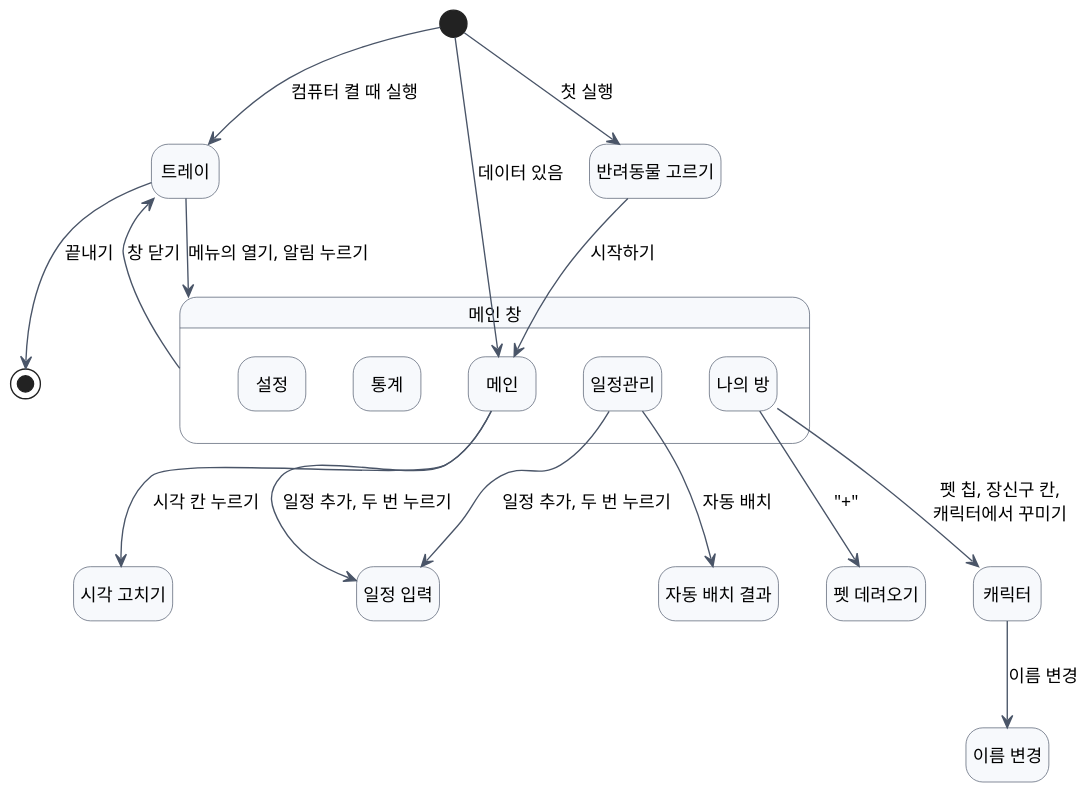
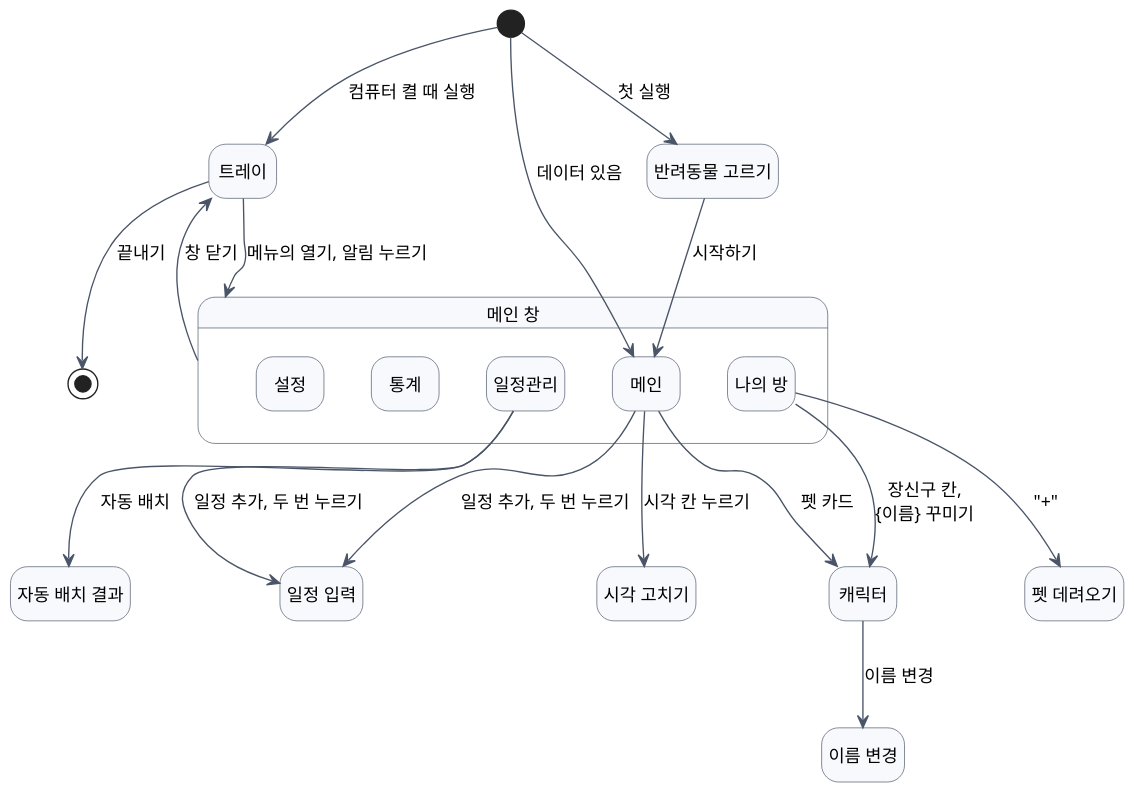
One commit to 2026-2-software-system-design-11/planning-pet-app changed the diagram in docs/diagrams/ui-flow.puml. Above: the diagram before and after it, drawn with PlantUML. The commit also changed 12 other files, not shown here.

```diff
--- a/docs/diagrams/ui-flow.puml
+++ b/docs/diagrams/ui-flow.puml
@@ -1,43 +1,44 @@
 @startuml ui-flow
 skinparam defaultFontName "Apple SD Gothic Neo"
 skinparam defaultFontSize 13
 skinparam dpi 130
 skinparam shadowing false
 skinparam ArrowColor #4A5568
 skinparam state {
   BackgroundColor #F7F9FC
   BorderColor #4A5568
 }
 hide empty description
 
 state "반려동물 고르기" as Pick
 state "트레이" as Tray
 state "메인 창" as Win {
   state "메인" as Main
   state "일정관리" as Sched
   state "나의 방" as Room
   state "통계" as Stat
   state "설정" as Set
 }
 state "일정 입력" as Form
 state "자동 배치 결과" as Place
 state "펫 데려오기" as Adopt
 state "캐릭터" as Char
 state "이름 변경" as Rename
 state "시각 고치기" as Time
 
 [*] --> Pick : 첫 실행
 [*] --> Main : 데이터 있음
 [*] --> Tray : 컴퓨터 켤 때 실행
 Pick --> Main : 시작하기
 Main --> Form : 일정 추가, 두 번 누르기
 Main --> Time : 시각 칸 누르기
 Sched --> Form : 일정 추가, 두 번 누르기
 Sched --> Place : 자동 배치
 Room --> Adopt : "+"
-Room --> Char : 펫 칩, 장신구 칸,\n캐릭터에서 꾸미기
+Main --> Char : 펫 카드
+Room --> Char : 장신구 칸,\n{이름} 꾸미기
 Char --> Rename : 이름 변경
 Win --> Tray : 창 닫기
 Tray --> Win : 메뉴의 열기, 알림 누르기
 Tray --> [*] : 끝내기
 @enduml
```
